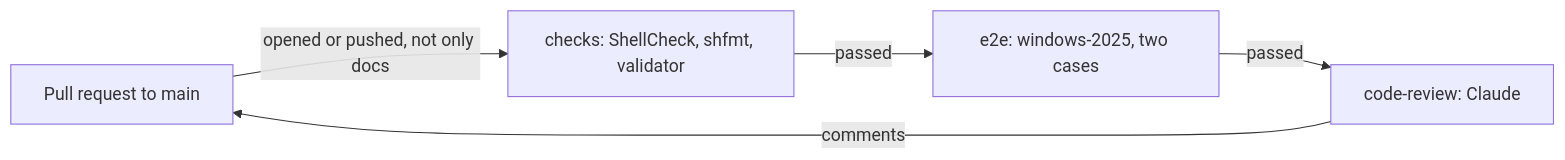
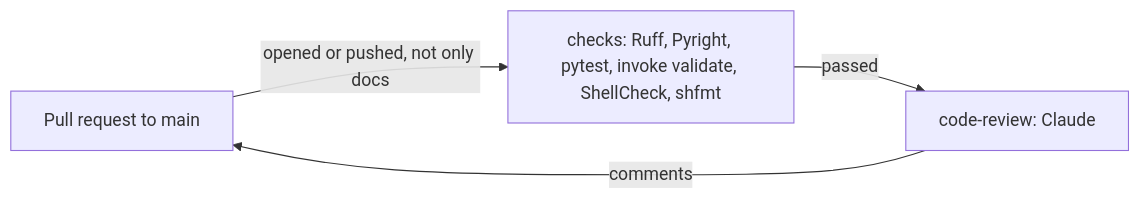
The diagram in docs/ci.md (froazin/wsl), drawn with Mermaid before and after one commit. The commit also changed other lines of this file and 62 other files, not shown here.

First line of the commit message:
feat(cloud-init): Create a user-data for each distro, built from shared fragments (#9)

````diff
--- a/docs/ci.md
+++ b/docs/ci.md
@@ -22,9 +21,8 @@
 ```mermaid
 flowchart LR
     accTitle: The jobs that run on a pull request
-    accDescr: A pull request that changes more than docs starts the workflow. The checks job lints and validates the user-data. When the checks pass, the e2e job installs an instance on Windows runners. When both pass, the code-review job runs Claude, which comments on the pull request.
-    pr["Pull request to main"] -->|"opened or pushed, not only docs"| checks["checks: ShellCheck, shfmt, validator"]
-    checks -->|passed| e2e["e2e: windows-2025, two cases"]
-    e2e -->|passed| review["code-review: Claude"]
+    accDescr: A pull request that changes more than docs starts the workflow. The checks job lints, type-checks, tests and validates the config. When the checks pass, the code-review job runs Claude, which comments on the pull request.
+    pr["Pull request to main"] -->|"opened or pushed, not only docs"| checks["checks: Ruff, Pyright, pytest, invoke validate, ShellCheck, shfmt"]
+    checks -->|passed| review["code-review: Claude"]
     review -->|comments| pr
 ```
````
